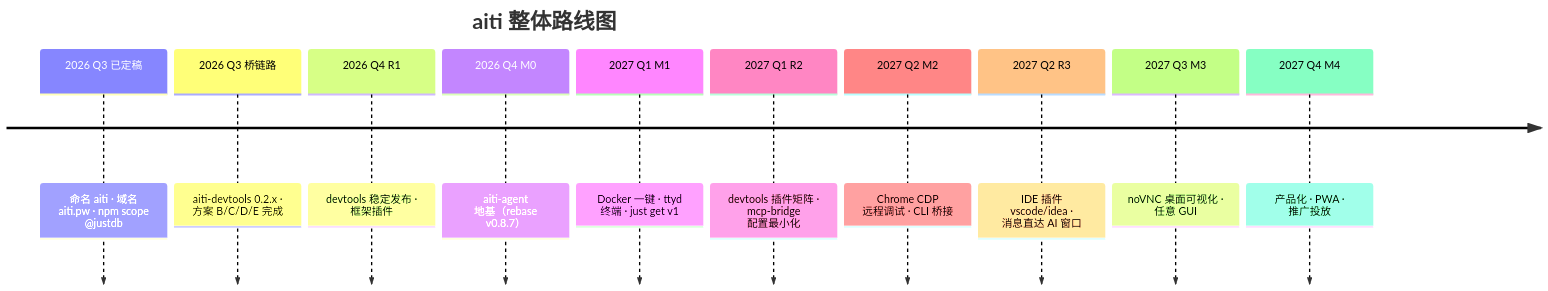
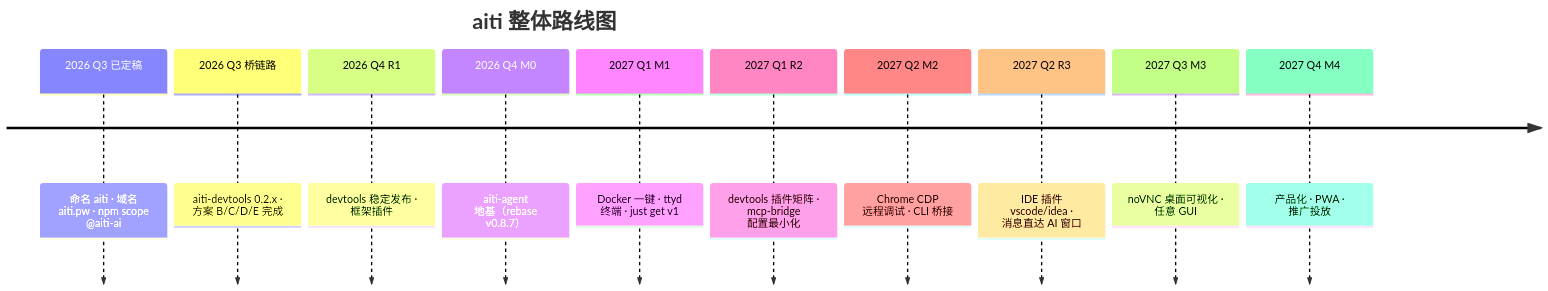
Before and after one commit to aiti-ai/aiti-docs: the diagram in docs/roadmaps/master-plan.md, drawn with Mermaid. The commit also changed other lines of this file and 38 other files, not shown here.

Commit message:
docs(aiti-docs)+refactor(npm): aiti-devtools integrations become a standalone category + unify npm scope to @aiti-ai

````diff
--- a/docs/roadmaps/master-plan.md
+++ b/docs/roadmaps/master-plan.md
@@ -74,14 +74,14 @@
 ```mermaid
 timeline
     title aiti 整体路线图
-    2026 Q3 已定稿 : 命名 aiti · 域名 aiti.pw · npm scope @justdb
+    2026 Q3 已定稿 : 命名 aiti · 域名 aiti.pw · npm scope @aiti-ai
     2026 Q3 桥链路 : aiti-devtools 0.2.x · 方案 B/C/D/E 完成
     2026 Q4 R1 : devtools 稳定发布 · 框架插件
     2026 Q4 M0 : aiti-agent 地基（rebase v0.8.7）
     2027 Q1 M1 : Docker 一键 · ttyd 终端 · just get v1
     2027 Q1 R2 : devtools 插件矩阵 · mcp-bridge 配置最小化
     2027 Q2 M2 : Chrome CDP 远程调试 · CLI 桥接
     2027 Q2 R3 : IDE 插件 vscode/idea · 消息直达 AI 窗口
     2027 Q3 M3 : noVNC 桌面可视化 · 任意 GUI
     2027 Q4 M4 : 产品化 · PWA · 推广投放
 ```
````
